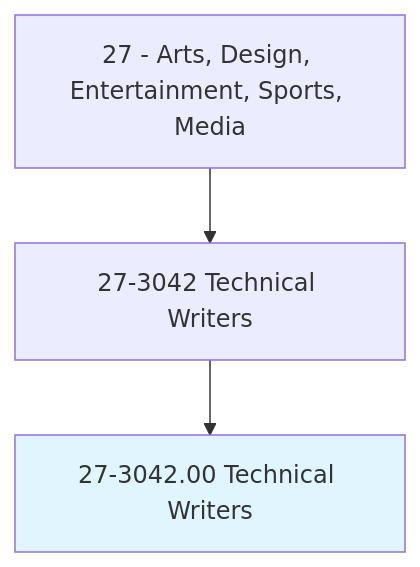
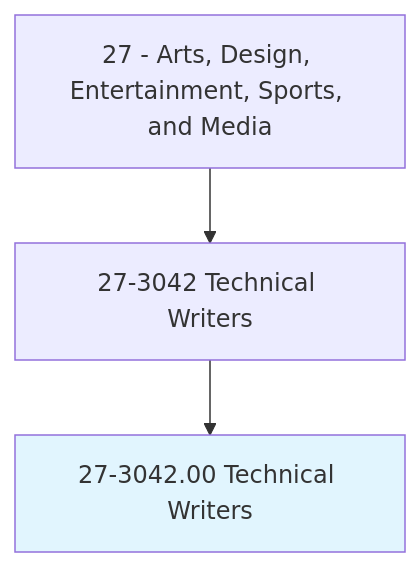
One commit to kziemski/business.org.ai changed the first of 4 diagrams in occupations/ArtsMedia/TechnicalWriters.mdx. Above: the diagram before and after it, drawn with Mermaid. The commit also changed other lines of this file and 938 other files, not shown here.

````diff
--- a/occupations/ArtsMedia/TechnicalWriters.mdx
+++ b/occupations/ArtsMedia/TechnicalWriters.mdx
@@ -19,6 +23,6 @@
 ```mermaid
 graph TD
-    Cat27["27 - Arts, Design, Entertainment, Sports, Media"] --> Group273042["27-3042 Technical Writers"]
+    Cat27["27 - Arts, Design, Entertainment, Sports, and Media"] --> Group273042["27-3042 Technical Writers"]
     Group273042 --> Current["27-3042.00 Technical Writers"]
     style Current fill:#e1f5fe
 ```
````
